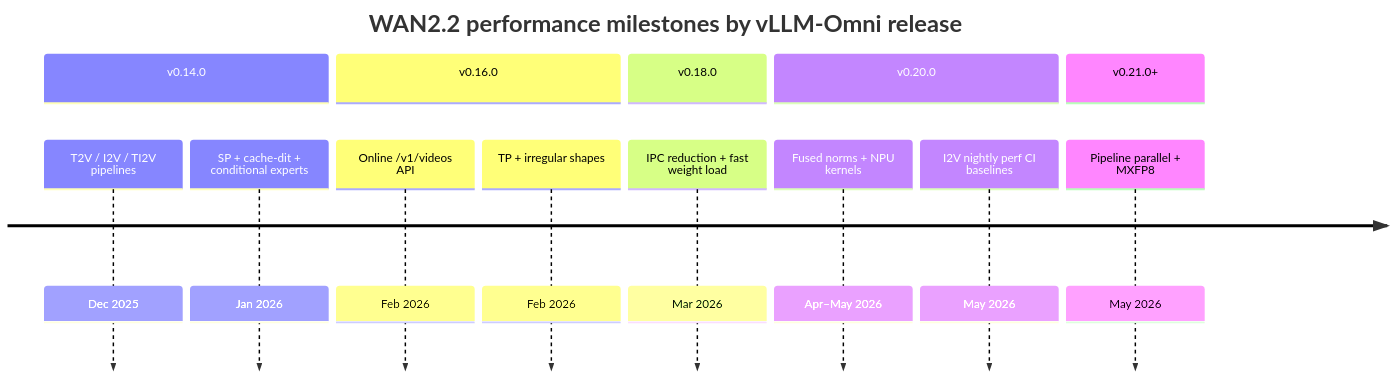
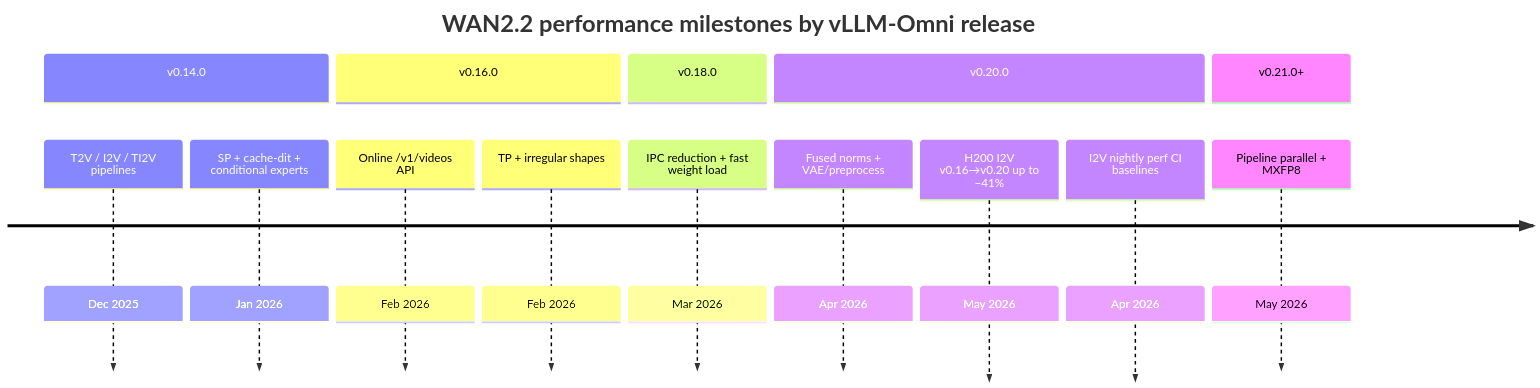
Before and after one commit to hsliuustc0106/vllm-omni-cookbook: the second of 2 diagrams in diffusion/wan2.2/index.md, drawn with Mermaid. The commit also changed other lines of this file and 1 other file, not shown here.

````diff
--- a/diffusion/wan2.2/index.md
+++ b/diffusion/wan2.2/index.md
@@ -122,17 +252,18 @@
 ```mermaid
 timeline
     title WAN2.2 performance milestones by vLLM-Omni release
     section v0.14.0
         T2V / I2V / TI2V pipelines : Dec 2025
         SP + cache-dit + conditional experts : Jan 2026
     section v0.16.0
         Online /v1/videos API : Feb 2026
         TP + irregular shapes : Feb 2026
     section v0.18.0
         IPC reduction + fast weight load : Mar 2026
     section v0.20.0
-        Fused norms + NPU kernels : Apr–May 2026
-        I2V nightly perf CI baselines : May 2026
+        Fused norms + VAE/preprocess : Apr 2026
+        H200 I2V v0.16→v0.20 up to −41% : May 2026
+        I2V nightly perf CI baselines : Apr 2026
     section v0.21.0+
         Pipeline parallel + MXFP8 : May 2026
 ```
````
